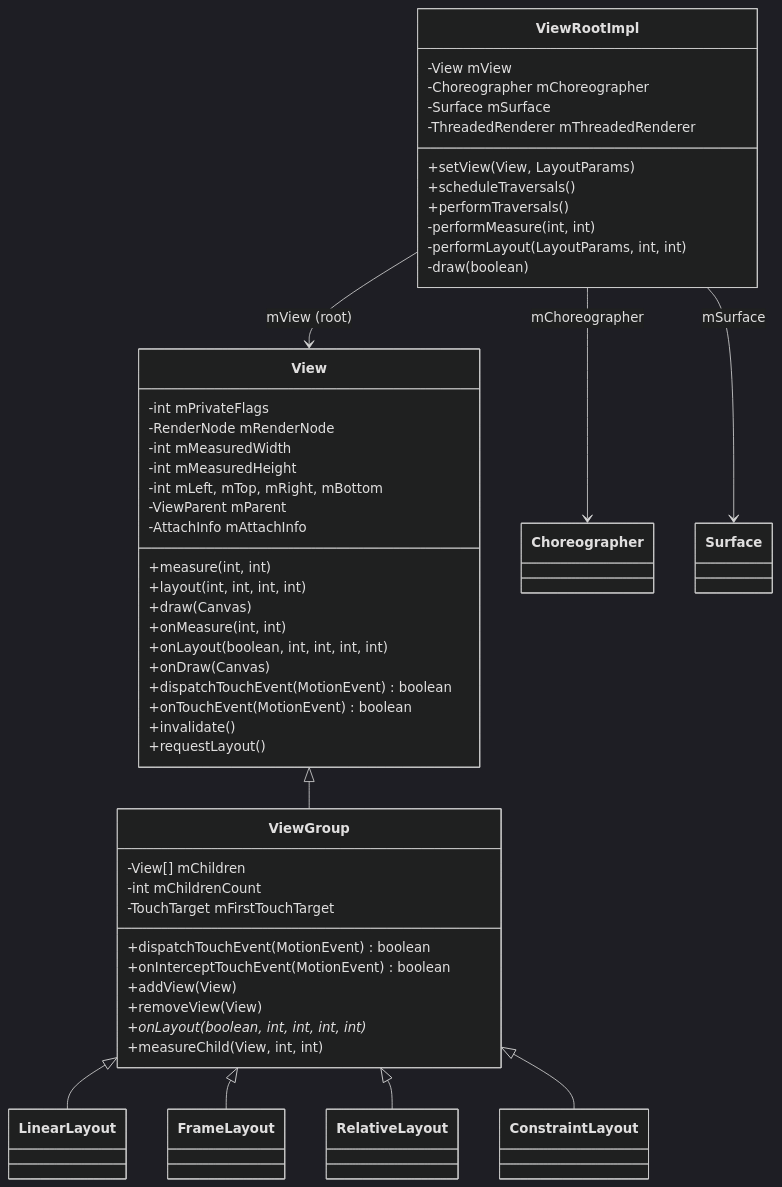
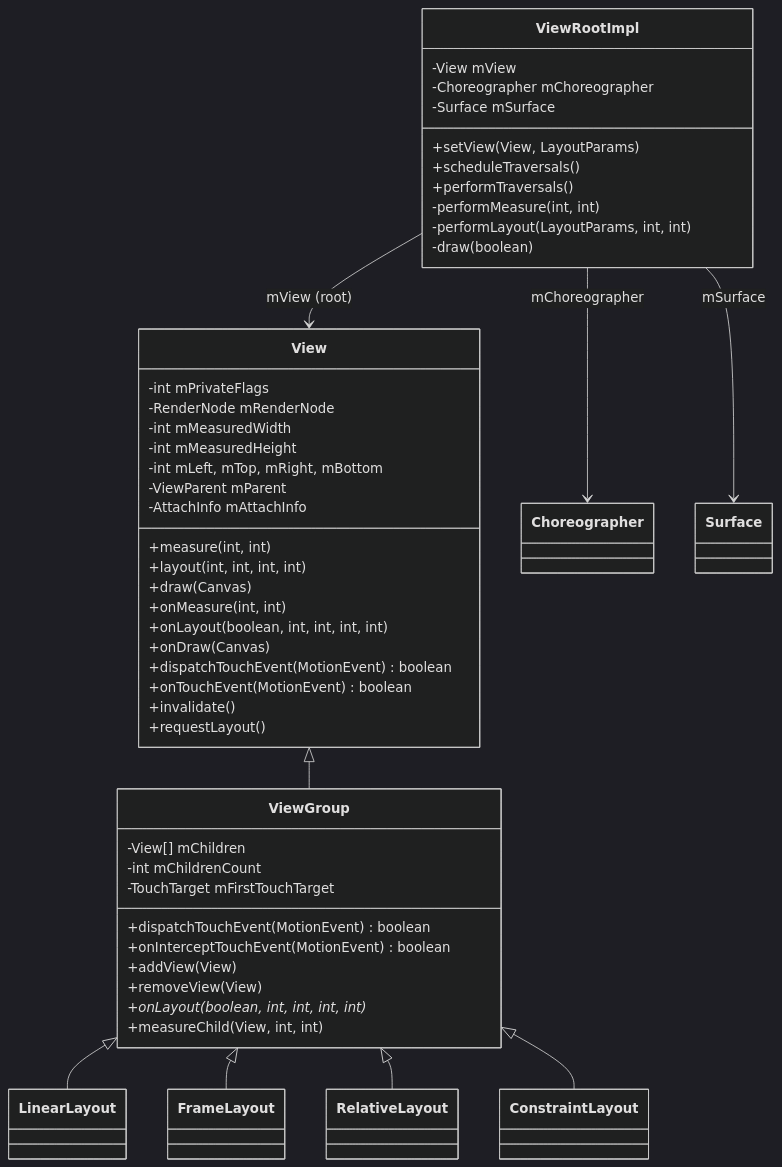
Before and after one commit to aospbooks/aosp-internal-book: the first of 40 diagrams in agents/claude/skills/aosp-framework-core/25-view-system.md, drawn with Mermaid (dark theme). The commit also changed other lines of this file and 218 other files, not shown here.

````diff
--- a/agents/claude/skills/aosp-framework-core/25-view-system.md
+++ b/agents/claude/skills/aosp-framework-core/25-view-system.md
@@ -59,56 +59,55 @@
 ```mermaid
 classDiagram
     class View {
         -int mPrivateFlags
         -RenderNode mRenderNode
         -int mMeasuredWidth
         -int mMeasuredHeight
         -int mLeft, mTop, mRight, mBottom
         -ViewParent mParent
         -AttachInfo mAttachInfo
         +measure(int, int)
         +layout(int, int, int, int)
         +draw(Canvas)
         +onMeasure(int, int)
         +onLayout(boolean, int, int, int, int)
         +onDraw(Canvas)
         +dispatchTouchEvent(MotionEvent) boolean
         +onTouchEvent(MotionEvent) boolean
         +invalidate()
         +requestLayout()
     }
 
     class ViewGroup {
         -View[] mChildren
         -int mChildrenCount
         -TouchTarget mFirstTouchTarget
         +dispatchTouchEvent(MotionEvent) boolean
         +onInterceptTouchEvent(MotionEvent) boolean
         +addView(View)
         +removeView(View)
         +onLayout(boolean, int, int, int, int)*
         +measureChild(View, int, int)
     }
 
     class ViewRootImpl {
         -View mView
         -Choreographer mChoreographer
         -Surface mSurface
-        -ThreadedRenderer mThreadedRenderer
         +setView(View, LayoutParams)
         +scheduleTraversals()
         +performTraversals()
         -performMeasure(int, int)
         -performLayout(LayoutParams, int, int)
         -draw(boolean)
     }
 
     View <|-- ViewGroup
     ViewGroup <|-- LinearLayout
     ViewGroup <|-- FrameLayout
     ViewGroup <|-- RelativeLayout
     ViewGroup <|-- ConstraintLayout
     ViewRootImpl --> View : mView (root)
     ViewRootImpl --> Choreographer : mChoreographer
     ViewRootImpl --> Surface : mSurface
 ```
````
